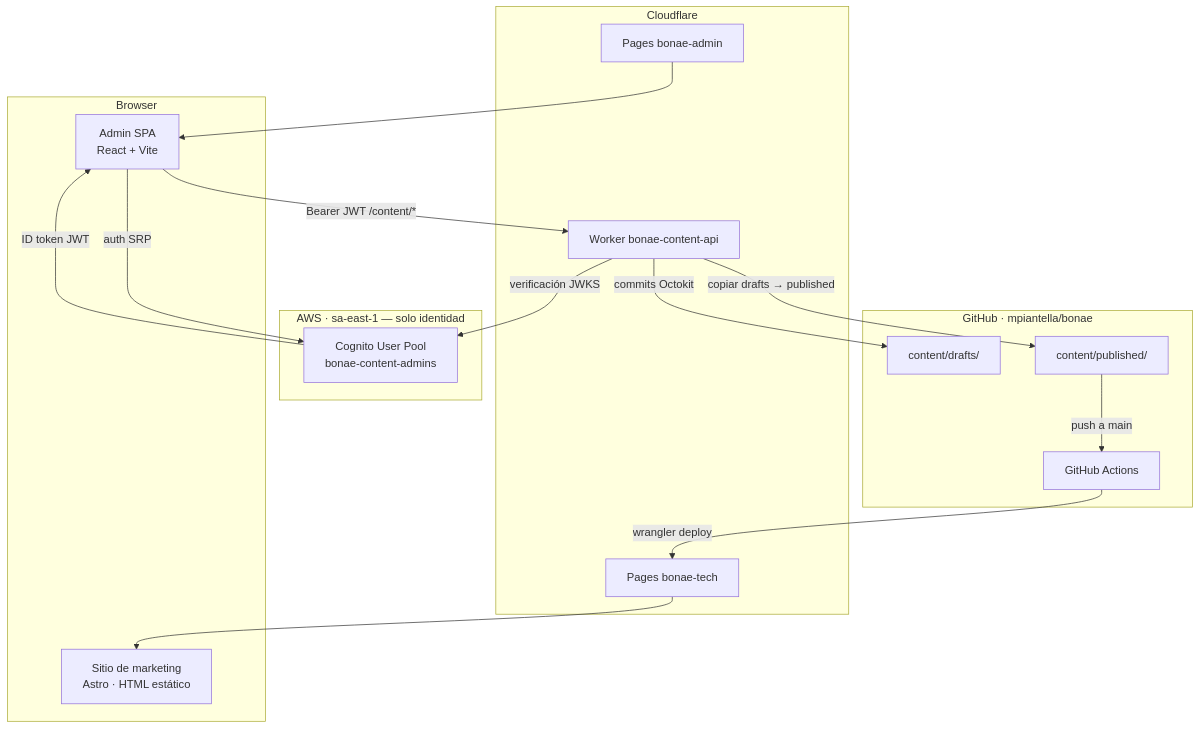
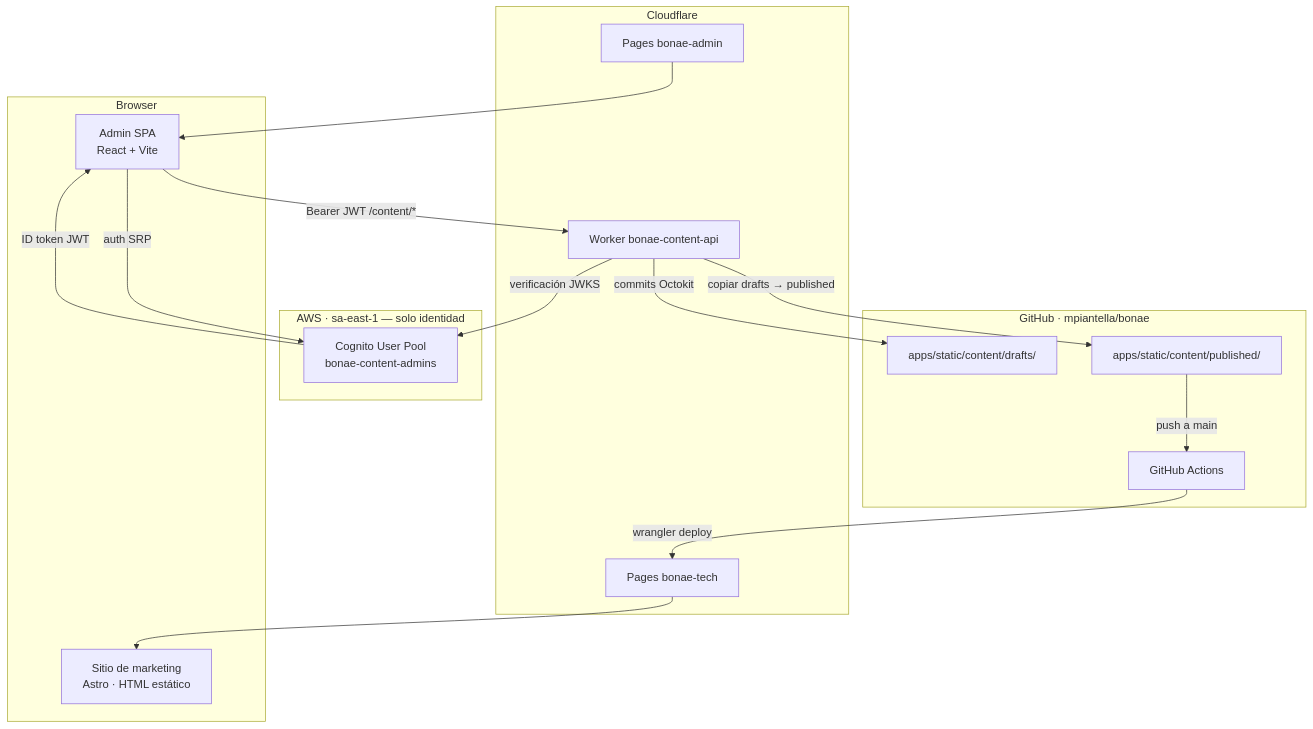
One commit to Bonae-Tech/bonae-tech changed the first of 5 diagrams in docs/architecture.md. Above: the diagram before and after it, drawn with Mermaid. The commit also changed other lines of this file and 20 other files, not shown here.

````diff
--- a/docs/architecture.md
+++ b/docs/architecture.md
@@ -22,34 +22,34 @@
 ```mermaid
 flowchart TD
     subgraph Browser
         AdminSPA["Admin SPA\nReact + Vite"]
         MarketingSite["Sitio de marketing\nAstro · HTML estático"]
     end
 
     subgraph AWS["AWS · sa-east-1 — solo identidad"]
         Cognito["Cognito User Pool\nbonae-content-admins"]
     end
 
     subgraph Cloudflare
         AdminPages["Pages bonae-admin"]
         Worker["Worker bonae-content-api"]
         CFPages["Pages bonae-tech"]
     end
 
     subgraph GitHub["GitHub · mpiantella/bonae"]
-        Drafts["content/drafts/"]
-        Published["content/published/"]
+        Drafts["apps/static/content/drafts/"]
+        Published["apps/static/content/published/"]
         Actions["GitHub Actions"]
     end
 
     AdminSPA -->|"auth SRP"| Cognito
     Cognito -->|"ID token JWT"| AdminSPA
     AdminPages --> AdminSPA
     AdminSPA -->|"Bearer JWT /content/*"| Worker
     Worker -->|"verificación JWKS"| Cognito
     Worker -->|"commits Octokit"| Drafts
     Worker -->|"copiar drafts → published"| Published
     Published -->|"push a main"| Actions
     Actions -->|"wrangler deploy"| CFPages
     CFPages --> MarketingSite
 ```
````
